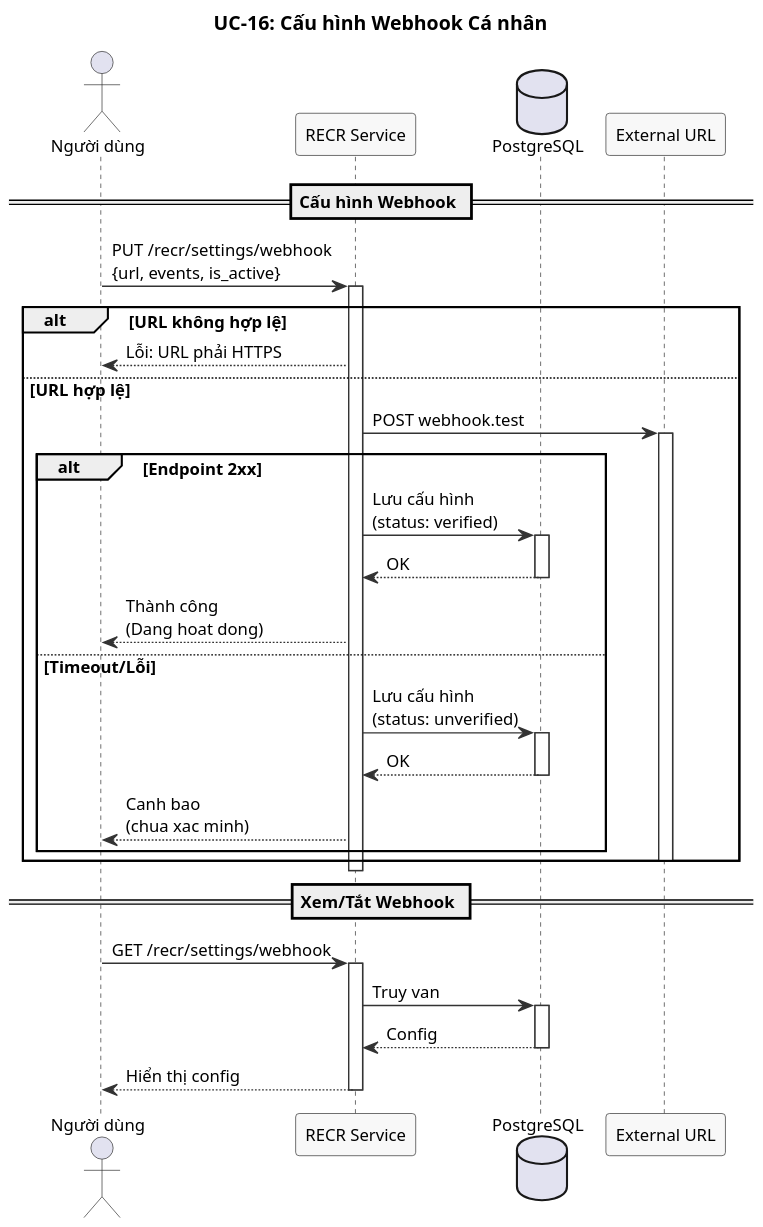
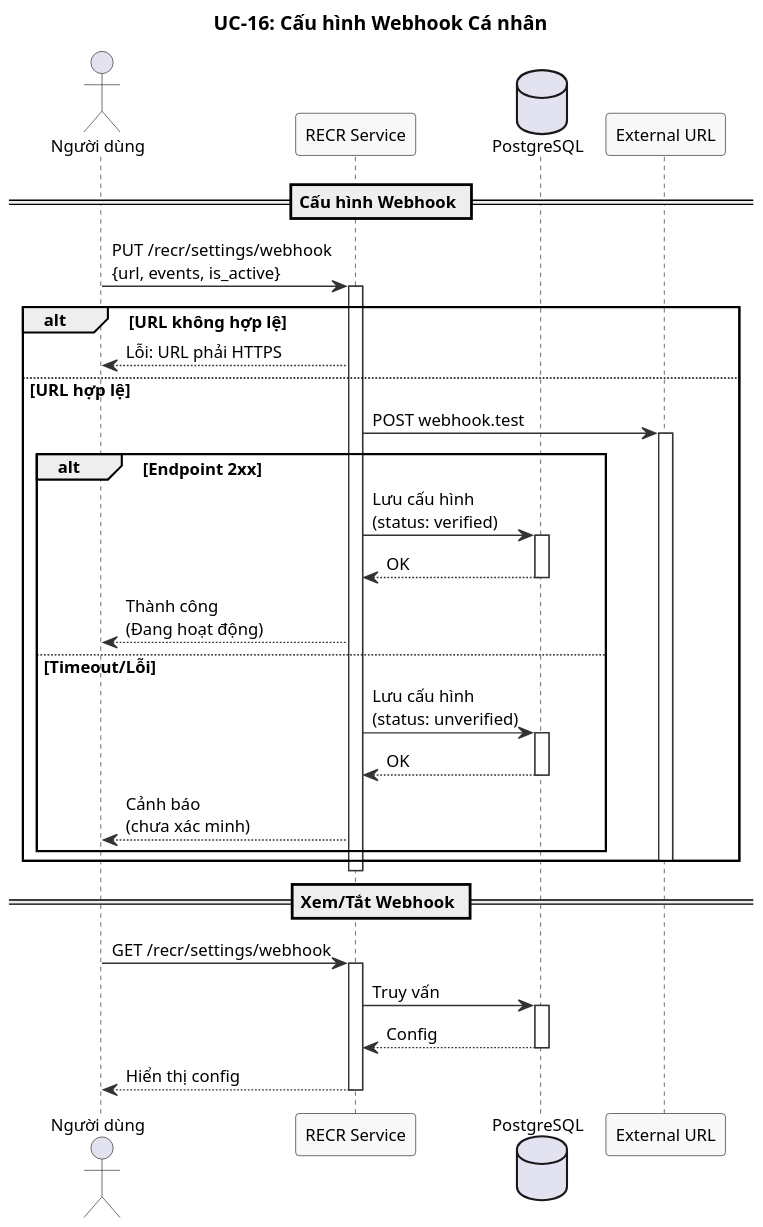
Before and after one commit to namnh240795/document: the diagram in modules/recr/diagrams/sequence/uc16-webhook-config-sequence.puml, drawn with PlantUML. The commit also changed 25 other files, not shown here.

```diff
--- a/modules/recr/diagrams/sequence/uc16-webhook-config-sequence.puml
+++ b/modules/recr/diagrams/sequence/uc16-webhook-config-sequence.puml
@@ -1,60 +1,60 @@
 @startuml
 ' UC-16: Cấu hình Webhook Cá nhân - Sơ đồ Chuỗi
 skinparam dpi 150
 skinparam defaultFontSize 12
 skinparam nodesep 15
 skinparam ranksep 15
 skinparam sequence {
   ArrowColor #333333
   ActorBorderColor #333333
   LifeLineBorderColor #333333
   ParticipantBackgroundColor #F8F8F8
   ParticipantBorderColor #333333
 }
 
 title UC-16: Cấu hình Webhook Cá nhân
 
 actor "Người dùng" as User
 participant "RECR Service" as R
 database "PostgreSQL" as DB
 participant "External URL" as Ext
 
 == Cấu hình Webhook ==
 
 User -> R : PUT /recr/settings/webhook\n{url, events, is_active}
 activate R
 
 alt URL không hợp lệ
   R --> User : Lỗi: URL phải HTTPS
 else URL hợp lệ
   R -> Ext : POST webhook.test
   activate Ext
   alt Endpoint 2xx
     R -> DB : Lưu cấu hình\n(status: verified)
     activate DB
     DB --> R : OK
     deactivate DB
-    R --> User : Thành công\n(Dang hoat dong)
+    R --> User : Thành công\n(Đang hoạt động)
   else Timeout/Lỗi
     R -> DB : Lưu cấu hình\n(status: unverified)
     activate DB
     DB --> R : OK
     deactivate DB
-    R --> User : Canh bao\n(chua xac minh)
+    R --> User : Cảnh báo\n(chưa xác minh)
   end
   deactivate Ext
 end
 deactivate R
 
 == Xem/Tắt Webhook ==
 
 User -> R : GET /recr/settings/webhook
 activate R
-R -> DB : Truy van
+R -> DB : Truy vấn
 activate DB
 DB --> R : Config
 deactivate DB
 R --> User : Hiển thị config
 deactivate R
 
 @enduml
```
